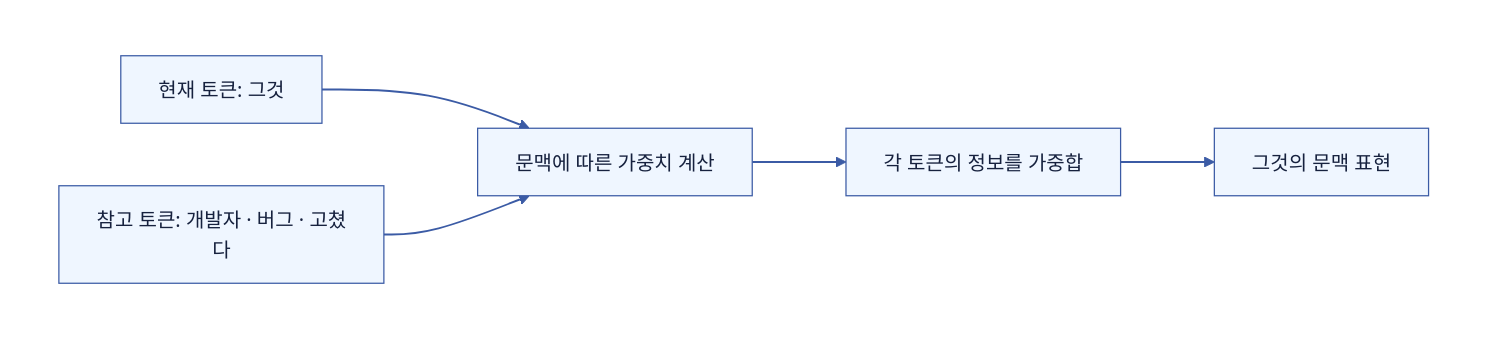
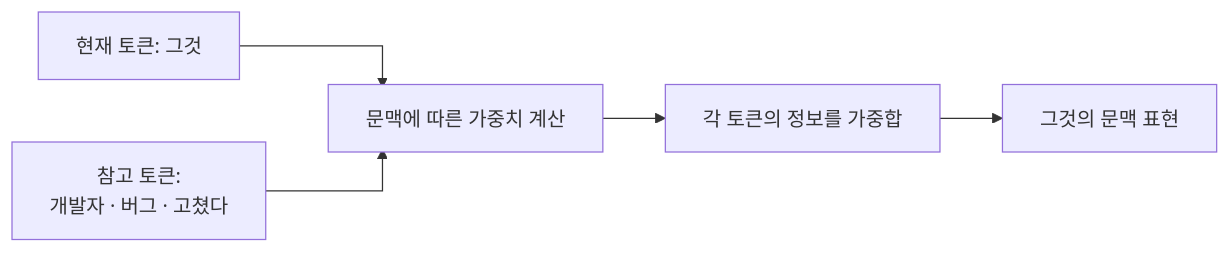
The first of 3 diagrams in domain-knowledge/2606-attention-기초.md (Hyune-s-lab/my-ai-study), drawn with Mermaid before and after one commit. The commit also changed other lines of this file and 49 other files, not shown here.

Commit message:
docs: 단순 다이어그램은 Mermaid로, 복잡한 배치는 SVG로 정리

````diff
--- a/domain-knowledge/2606-attention-기초.md
+++ b/domain-knowledge/2606-attention-기초.md
@@ -21,18 +21,13 @@
 ```mermaid
 flowchart LR
-%%{init: {"theme": "base", "darkMode": false, "themeVariables": {"background": "#ffffff", "primaryColor": "#EFF6FF", "primaryTextColor": "#16213E", "primaryBorderColor": "#3B5BA5", "secondaryColor": "#F0FDF4", "tertiaryColor": "#FAF5FF", "lineColor": "#3B5BA5", "textColor": "#16213E", "edgeLabelBackground": "#ffffff", "clusterBkg": "#F8FAFC", "clusterBorder": "#CBD5E1"}}}%%
-  subgraph canvas[" "]
-    direction LR
-    query["현재 토큰: 그것"] --> weights["문맥에 따른 가중치 계산"]
-    context["참고 토큰: 개발자 · 버그 · 고쳤다"] --> weights
-    weights --> mix["각 토큰의 정보를 가중합"]
-    mix --> output["그것의 문맥 표현"]
-  end
-  style canvas fill:#ffffff,stroke:#ffffff,color:#111827
-  linkStyle default stroke:#3B5BA5,stroke-width:1.5px
-  classDef app fill:#EFF6FF,stroke:#3B5BA5,stroke-width:1px,color:#16213E
-  class query,weights,context,mix,output app
-  classDef db fill:#F0FDF4,stroke:#3F8E55,stroke-width:1px,color:#16213E
-  classDef policy fill:#FAF5FF,stroke:#A855F7,stroke-width:1px,color:#16213E
-  classDef worker fill:#FFF7ED,stroke:#C98A2B,stroke-width:1px,color:#16213E
+%%{init: {"flowchart": {"curve": "stepAfter", "wrappingWidth": 400}}}%%
+  n_query["현재 토큰: 그것"]
+  n_weights["문맥에 따른 가중치 계산"]
+  n_context["참고 토큰:<br/>개발자 · 버그 · 고쳤다"]
+  n_mix["각 토큰의 정보를 가중합"]
+  n_output["그것의 문맥 표현"]
+  n_query --> n_weights
+  n_context --> n_weights
+  n_weights --> n_mix
+  n_mix --> n_output
 ```
````
